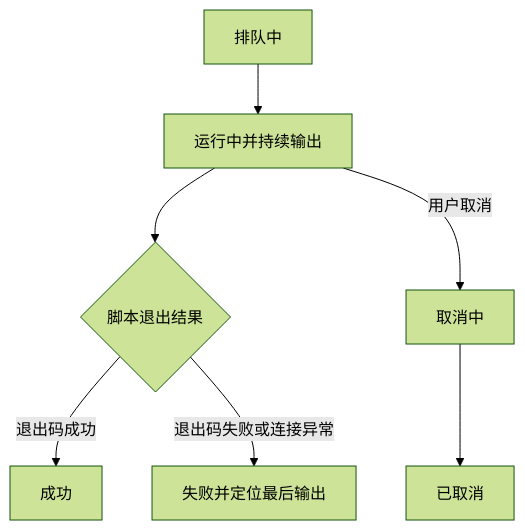
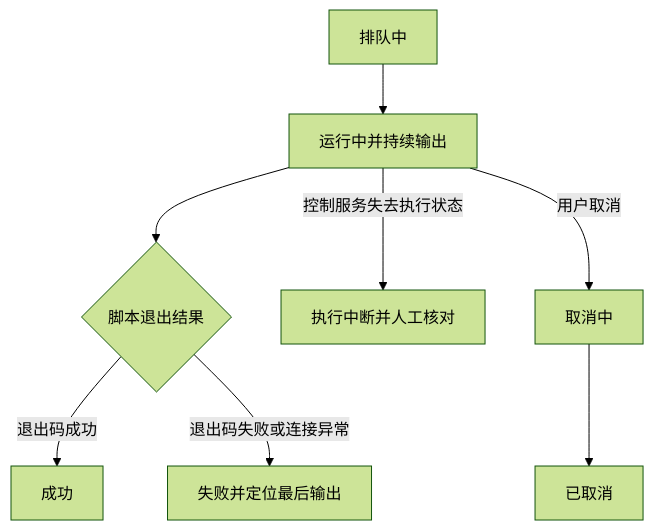
One commit to ZhcChen/deploy-go changed the second of 2 diagrams in ui/docs/page-map.md. Above: the diagram before and after it, drawn with Mermaid (forest theme). The commit also changed other lines of this file and 14 other files, not shown here.

````diff
--- a/ui/docs/page-map.md
+++ b/ui/docs/page-map.md
@@ -140,17 +141,19 @@
 ```mermaid
 flowchart TB
     Queue[排队中]
     Running[运行中并持续输出]
     Result{脚本退出结果}
     Success[成功]
     Failure[失败并定位最后输出]
+    Interrupted[执行中断并人工核对]
     Cancel[取消中]
     Canceled[已取消]
 
     Queue --> Running
     Running --> Result
     Running -->|用户取消| Cancel
     Result -->|退出码成功| Success
     Result -->|退出码失败或连接异常| Failure
+    Running -->|控制服务失去执行状态| Interrupted
     Cancel --> Canceled
 ```
````
